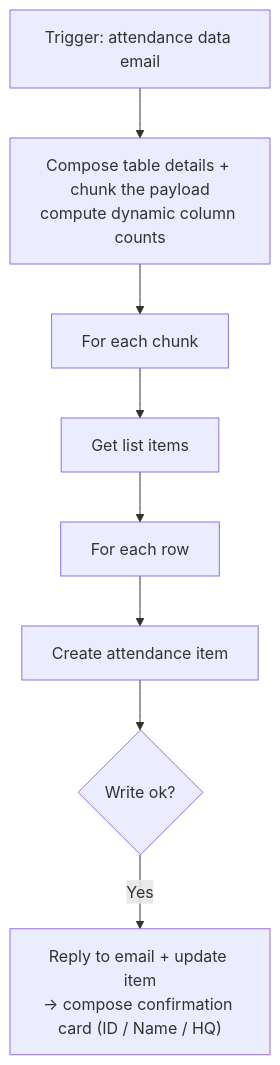
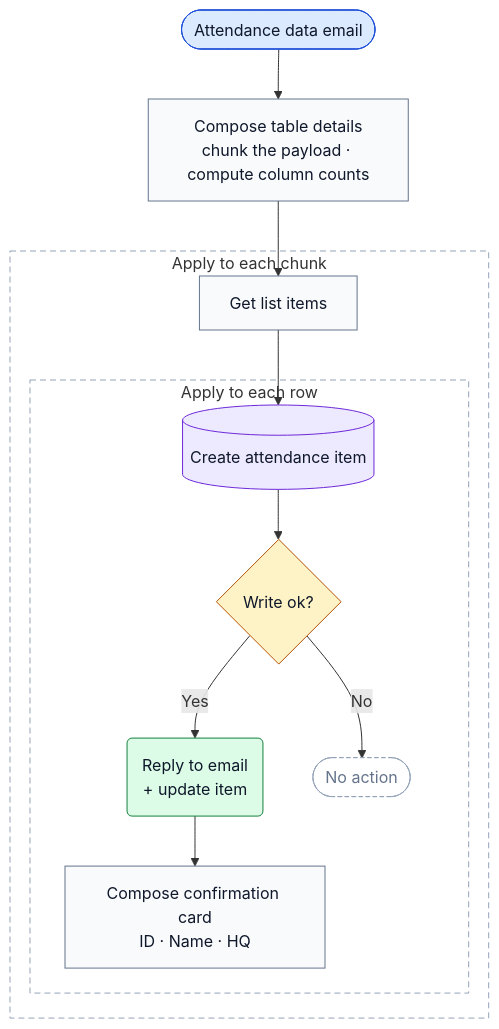
One commit to siddhantsingh2861/enterprise-HRMS-power-platform changed the diagram in docs/diagrams/attendance-tracking.mmd. Above: the diagram before and after it, drawn with Mermaid.

```diff
--- a/docs/diagrams/attendance-tracking.mmd
+++ b/docs/diagrams/attendance-tracking.mmd
@@ -1,8 +1,26 @@
 flowchart TD
-    T["Trigger: attendance data email"] --> P["Compose table details + chunk the payload<br/>compute dynamic column counts"]
-    P --> L["For each chunk"]
-    L --> G["Get list items"]
-    G --> L2["For each row"]
-    L2 --> CI["Create attendance item"]
-    CI --> C{Write ok?}
-    C -->|Yes| R["Reply to email + update item<br/>&rarr; compose confirmation card (ID / Name / HQ)"]
+    T(["Attendance data email"]):::trigger --> P["Compose table details<br/>chunk the payload · compute column counts"]:::action
+    P --> G
+
+    subgraph CHUNK["Apply to each chunk"]
+        G["Get list items"]:::action
+        G --> CI
+
+        subgraph ROW["Apply to each row"]
+            CI[("Create attendance item")]:::data
+            CI --> C{"Write ok?"}:::decision
+            C -->|Yes| R("Reply to email<br/>+ update item"):::notify
+            R --> CC["Compose confirmation card<br/>ID · Name · HQ"]:::action
+            C -->|No| S(["No action"]):::noop
+        end
+    end
+
+    style CHUNK fill:none,stroke:#94a3b8,stroke-dasharray:6 4
+    style ROW fill:none,stroke:#94a3b8,stroke-dasharray:6 4
+
+    classDef trigger fill:#dbeafe,stroke:#1d4ed8,color:#0f172a
+    classDef decision fill:#fef3c7,stroke:#b45309,color:#0f172a
+    classDef action fill:#f8fafc,stroke:#64748b,color:#0f172a
+    classDef data fill:#ede9fe,stroke:#6d28d9,color:#0f172a
+    classDef notify fill:#dcfce7,stroke:#15803d,color:#0f172a
+    classDef noop fill:#ffffff,stroke:#94a3b8,stroke-dasharray:4 3,color:#64748b
```
